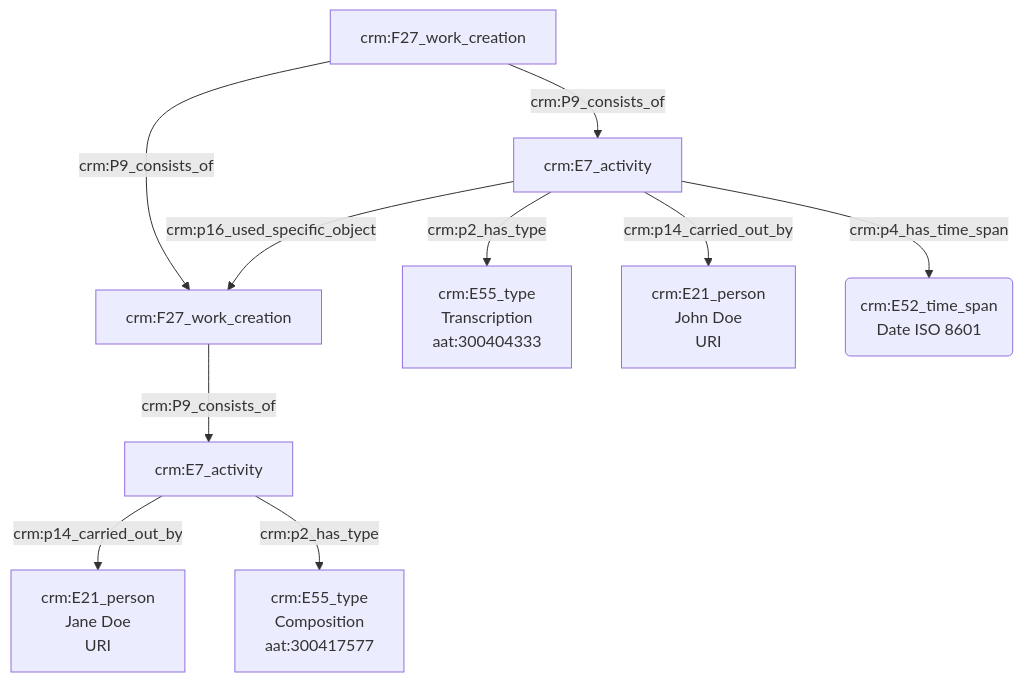
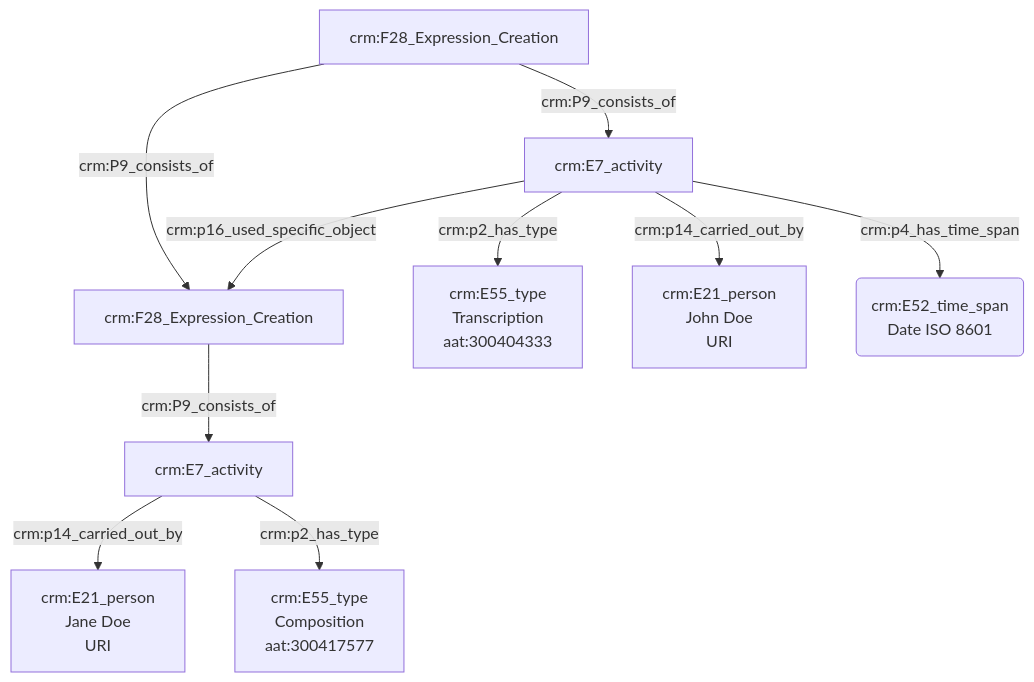
One commit to Amleth/consortium-musica2-gt2-ontologies changed the diagram in modules/livrables/Dossier 2/Indexation conceptuelle/transcription d'une œuvre.md. Above: the diagram before and after it, drawn with Mermaid.

Commit message:
Update transcription d'une œuvre.md

````diff
--- a/modules/livrables/Dossier 2/Indexation conceptuelle/transcription d'une œuvre.md
+++ b/modules/livrables/Dossier 2/Indexation conceptuelle/transcription d'une œuvre.md
@@ -18,16 +18,16 @@
 ```mermaid
 graph TD;
 
-H[crm:F27_work_creation] --> |crm:P9_consists_of| A[crm:E7_activity]
-H[crm:F27_work_creation] --> |crm:P9_consists_of| D[crm:F27_work_creation]
+H[crm:F28_Expression_Creation] --> |crm:P9_consists_of| A[crm:F28_Expression_Creation]
+H[crm:F28_Expression_Creation] --> |crm:P9_consists_of| D[crm:F28_Expression_Creation]
 
 A[crm:E7_activity] --> |crm:p2_has_type| B[crm:E55_type<br>Transcription<br>aat:300404333]
 A[crm:E7_activity] --> |crm:p14_carried_out_by| C[crm:E21_person<br>John Doe<br>URI]
 A[crm:E7_activity] --> |crm:p16_used_specific_object| D[crm:F27_work_creation]
 A[crm:E7_activity] --> |crm:p4_has_time_span| I(crm:E52_time_span<br>Date ISO 8601)
 
 E[crm:E7_activity] --> |crm:p14_carried_out_by| F[crm:E21_person<br>Jane Doe<br>URI]
 E[crm:E7_activity] --> |crm:p2_has_type| G[crm:E55_type<br>Composition<br>aat:300417577]
-D[crm:F27_work_creation]  --> |crm:P9_consists_of| E[crm:E7_activity]
+D[crm:F28_Expression_Creation]  --> |crm:P9_consists_of| E[crm:E7_activity]
 
 ```
````
